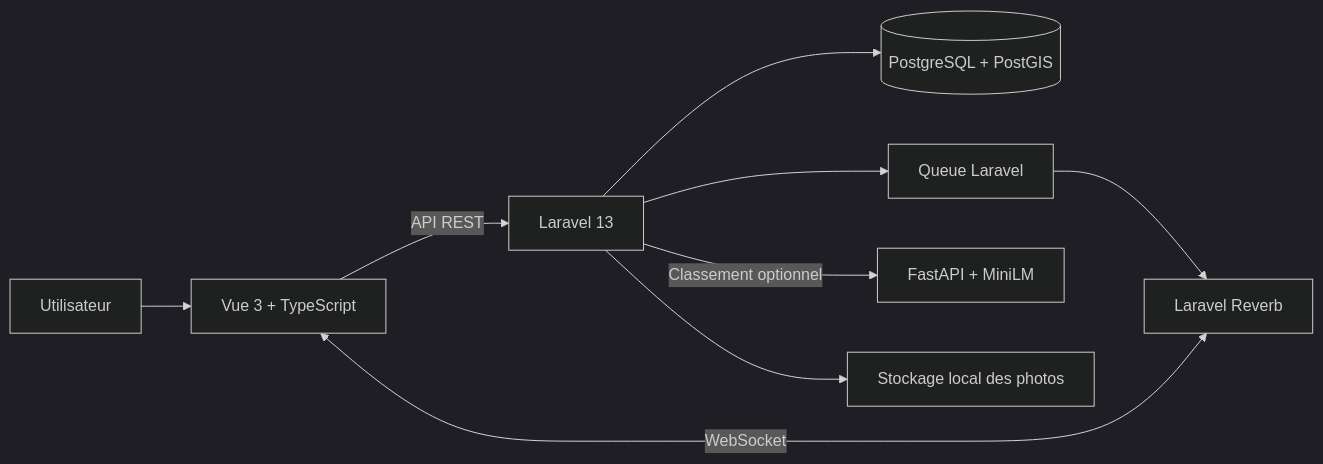
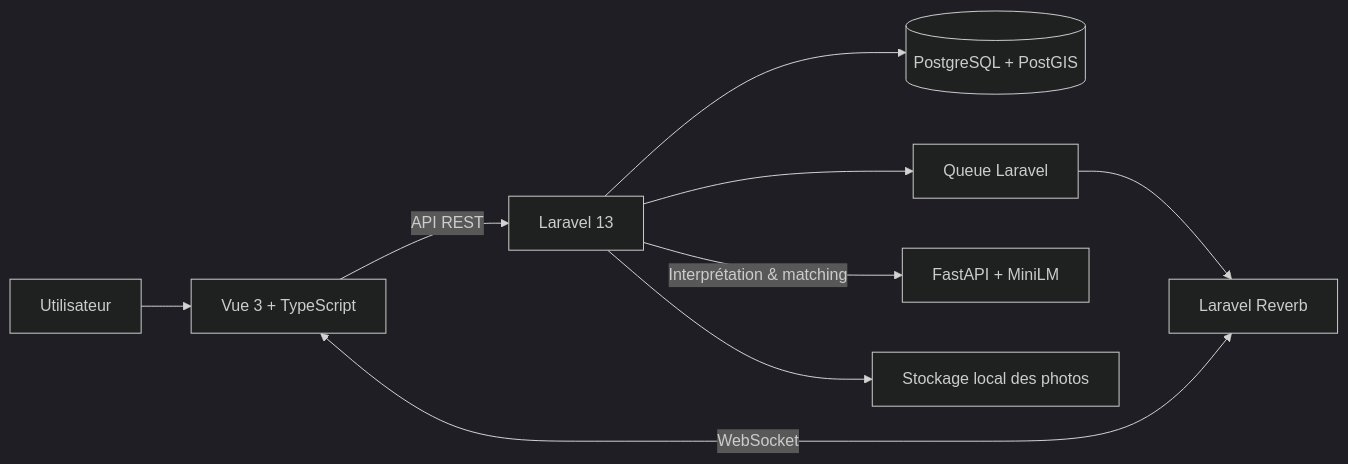
One commit to anass-elouali/qribly changed the diagram in README.md. Above: the diagram before and after it, drawn with Mermaid (dark theme). The commit also changed other lines of this file, not shown here.

````diff
--- a/README.md
+++ b/README.md
@@ -79,11 +107,11 @@
 ```mermaid
 flowchart LR
     U[Utilisateur] --> V[Vue 3 + TypeScript]
     V -->|API REST| L[Laravel 13]
     V <-->|WebSocket| R[Laravel Reverb]
     L --> P[(PostgreSQL + PostGIS)]
     L --> Q[Queue Laravel]
     Q --> R
-    L -->|Classement optionnel| A[FastAPI + MiniLM]
+    L -->|Interprétation & matching| A[FastAPI + MiniLM]
     L --> S[Stockage local des photos]
 ```
````
